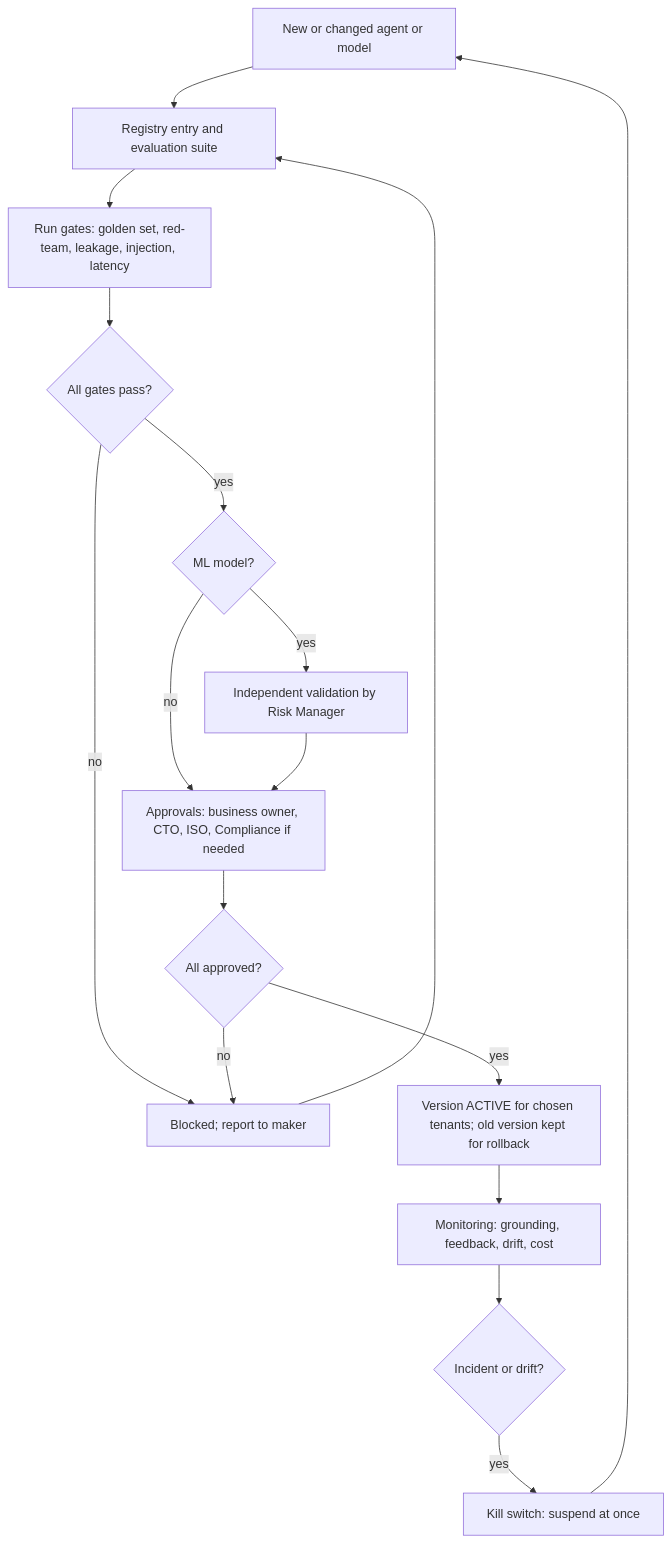
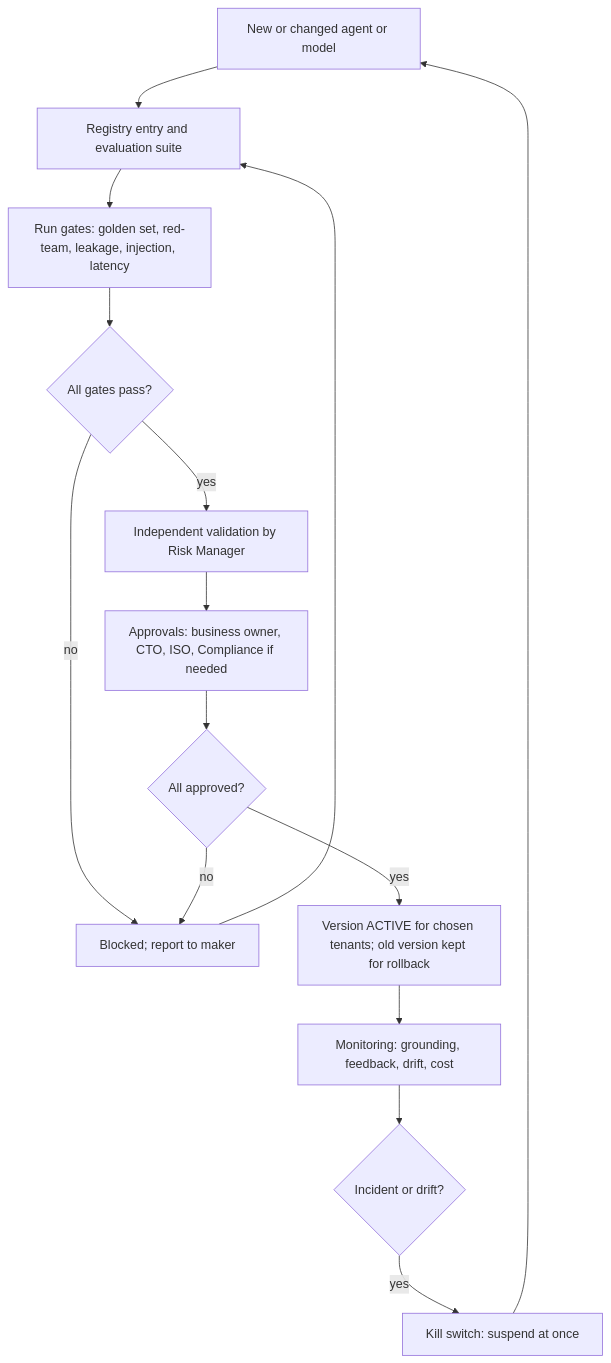
One commit to suchitdubey7/AMC-OS changed the diagram in docs/03_product_requirements/PRD-017_ai_and_decision_intelligence.md. Above: the diagram before and after it, drawn with Mermaid. The commit also changed other lines of this file and 17 other files, not shown here.

````diff
--- a/docs/03_product_requirements/PRD-017_ai_and_decision_intelligence.md
+++ b/docs/03_product_requirements/PRD-017_ai_and_decision_intelligence.md
@@ -175,17 +175,15 @@
 ```mermaid
 flowchart TD
   A[New or changed agent or model] --> B[Registry entry and evaluation suite]
   B --> C[Run gates: golden set, red-team, leakage, injection, latency]
   C --> D{All gates pass?}
   D -- no --> E[Blocked; report to maker] --> B
-  D -- yes --> F{ML model?}
-  F -- yes --> G[Independent validation by Risk Manager]
-  F -- no --> H[Approvals: business owner, CTO, ISO, Compliance if needed]
-  G --> H
+  D -- yes --> G[Independent validation by Risk Manager]
+  G --> H[Approvals: business owner, CTO, ISO, Compliance if needed]
   H --> I{All approved?}
   I -- no --> E
   I -- yes --> J[Version ACTIVE for chosen tenants; old version kept for rollback]
   J --> K[Monitoring: grounding, feedback, drift, cost]
   K --> L{Incident or drift?}
   L -- yes --> M[Kill switch: suspend at once] --> A
 ```
````
